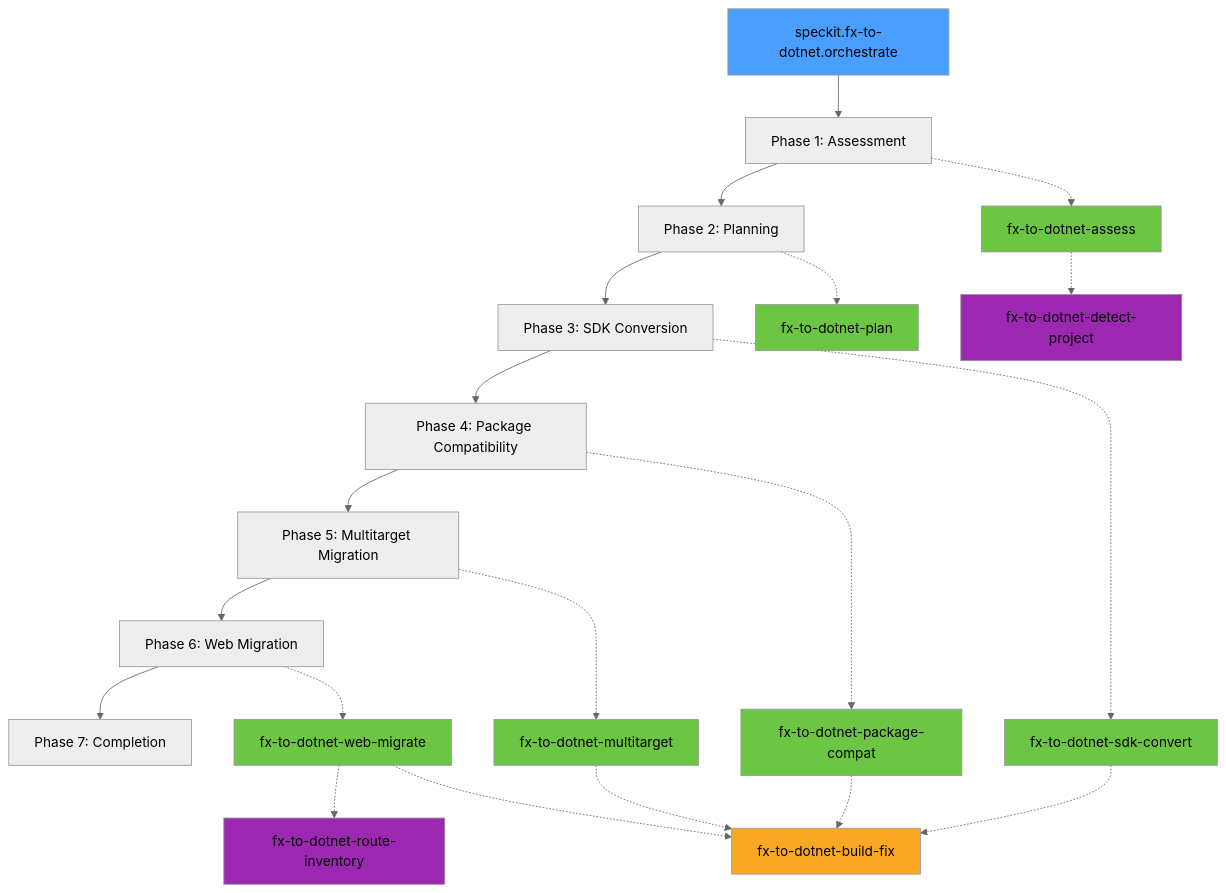
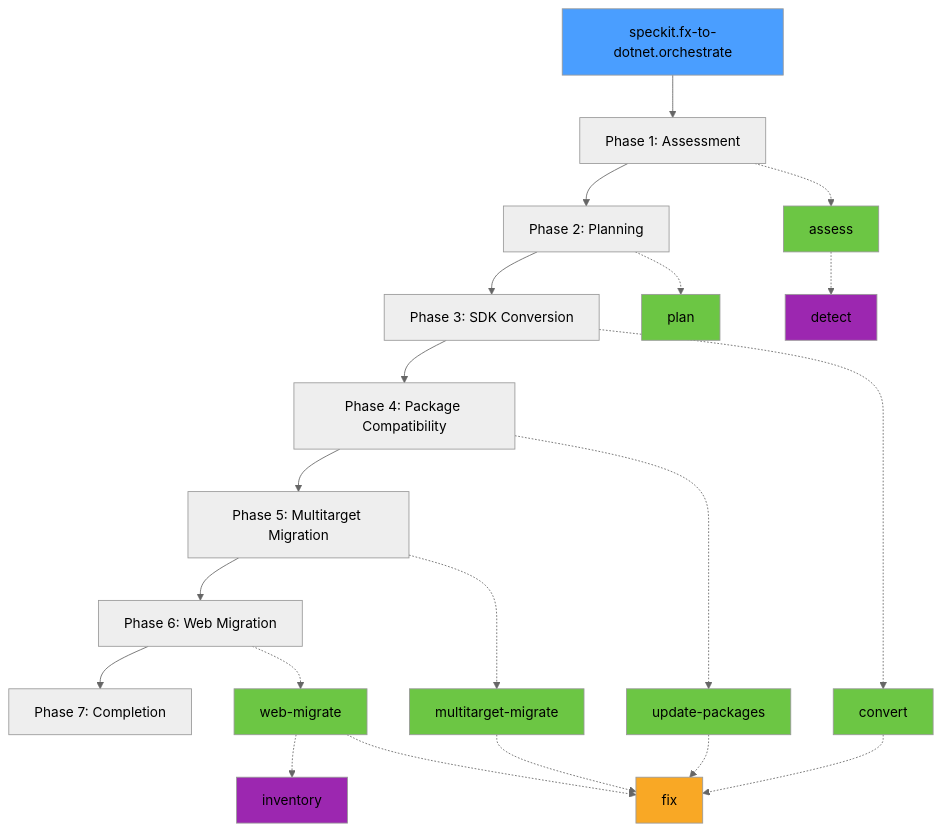
Before and after one commit to RogerBestMsft/spec-kit-FxToNet: the diagram in README.md, drawn with Mermaid (neutral theme). The commit also changed other lines of this file and 77 other files, not shown here.

````diff
--- a/README.md
+++ b/README.md
@@ -7,34 +7,34 @@
 ```mermaid
 graph TD
     A[speckit.fx-to-dotnet.orchestrate] --> B[Phase 1: Assessment]
     B --> C[Phase 2: Planning]
     C --> D[Phase 3: SDK Conversion]
     D --> E[Phase 4: Package Compatibility]
     E --> F[Phase 5: Multitarget Migration]
     F --> G[Phase 6: Web Migration]
     G --> H[Phase 7: Completion]
 
-    B -.-> B1[fx-to-dotnet-assess]
-    B1 -.-> B2[fx-to-dotnet-detect-project]
-    C -.-> C1[fx-to-dotnet-plan]
-    D -.-> D1[fx-to-dotnet-sdk-convert]
-    D1 -.-> D2[fx-to-dotnet-build-fix]
-    E -.-> E1[fx-to-dotnet-package-compat]
+    B -.-> B1[assess]
+    B1 -.-> B2[detect]
+    C -.-> C1[plan]
+    D -.-> D1[convert]
+    D1 -.-> D2[fix]
+    E -.-> E1[update-packages]
     E1 -.-> D2
-    F -.-> F1[fx-to-dotnet-multitarget]
+    F -.-> F1[multitarget-migrate]
     F1 -.-> D2
-    G -.-> G1[fx-to-dotnet-web-migrate]
-    G1 -.-> G2[fx-to-dotnet-route-inventory]
+    G -.-> G1[web-migrate]
+    G1 -.-> G2[inventory]
     G1 -.-> D2
 
     style A fill:#4a9eff
     style B1 fill:#6cc644
     style C1 fill:#6cc644
     style D1 fill:#6cc644
     style D2 fill:#f9a825
     style E1 fill:#6cc644
     style F1 fill:#6cc644
     style G1 fill:#6cc644
     style B2 fill:#9c27b0
     style G2 fill:#9c27b0
 ```
````
